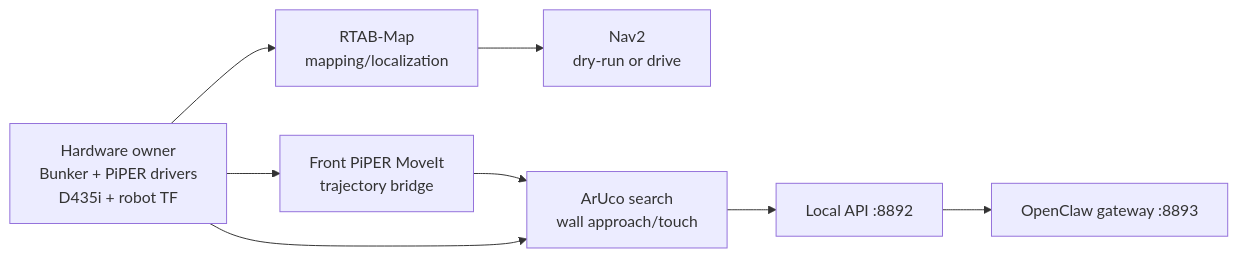
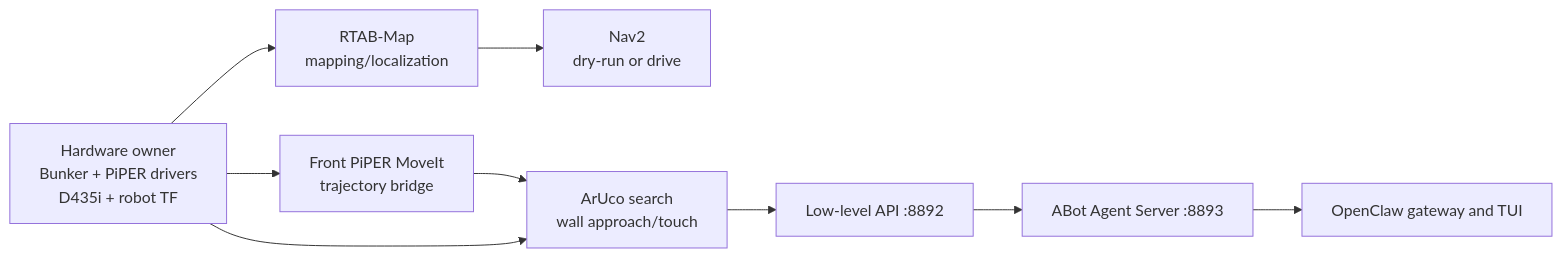
Before and after one commit to notalexander30/bunker-piper_integration: the diagram in README.md, drawn with Mermaid. The commit also changed other lines of this file and 47 other files, not shown here.

````diff
--- a/README.md
+++ b/README.md
@@ -38,14 +38,15 @@
 ```mermaid
 flowchart LR
   H["Hardware owner\nBunker + PiPER drivers\nD435i + robot TF"]
   M["RTAB-Map\nmapping/localization"]
   N["Nav2\ndry-run or drive"]
   P["Front PiPER MoveIt\ntrajectory bridge"]
   A["ArUco search\nwall approach/touch"]
-  API["Local API :8892"]
-  O["OpenClaw gateway :8893"]
+  API["Low-level API :8892"]
+  AG["ABot Agent Server :8893"]
+  O["OpenClaw gateway and TUI"]
 
   H --> M --> N
-  H --> P --> A --> API --> O
+  H --> P --> A --> API --> AG --> O
   H --> A
 ```
````
